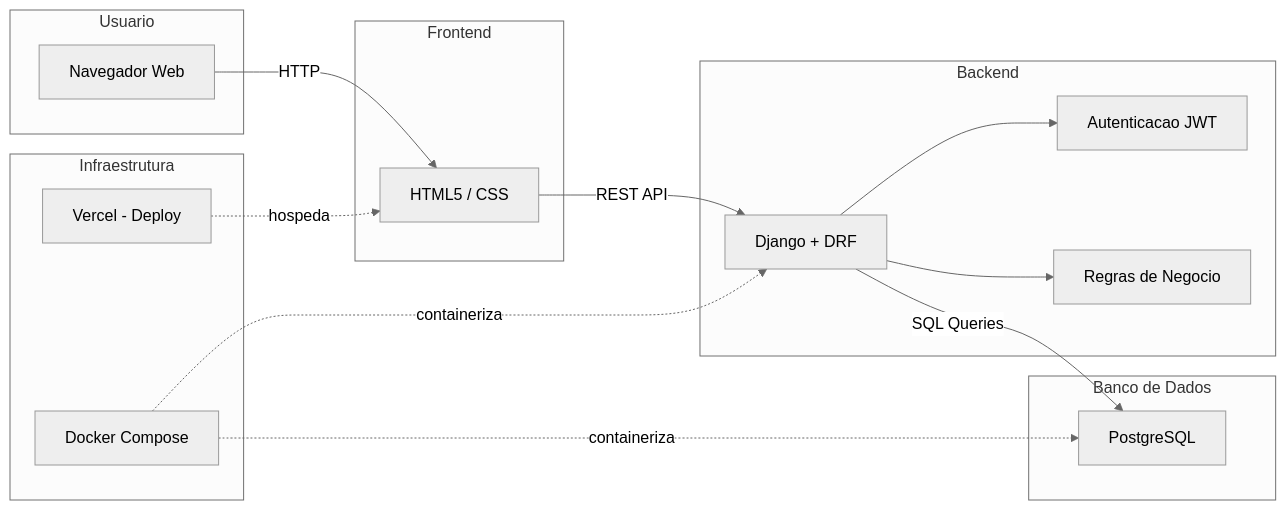
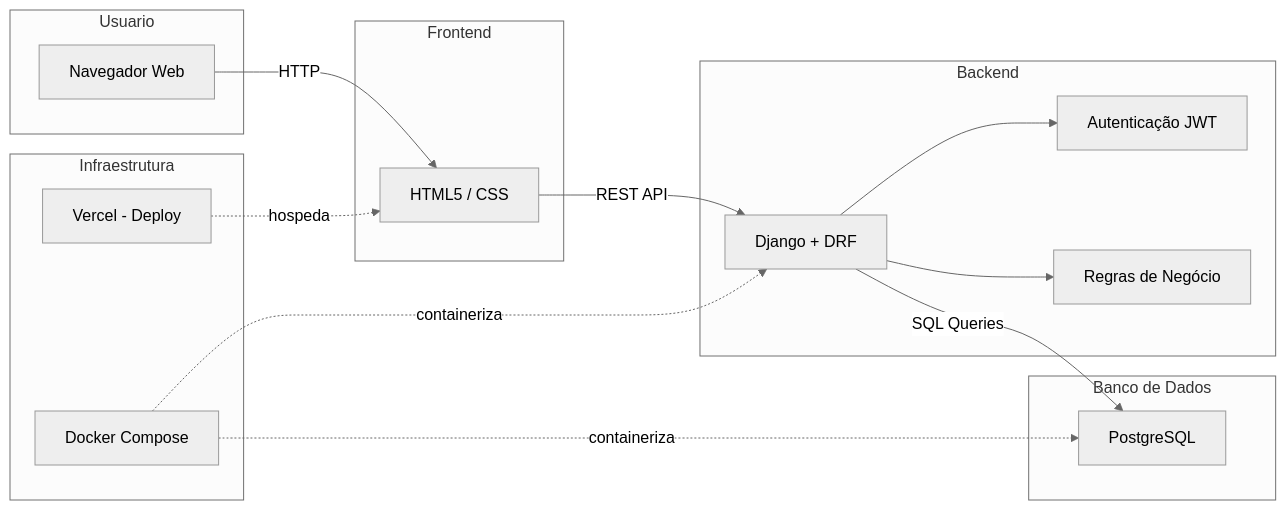
Before and after one commit to FCTE-Qualidade-de-Software-1/2026-1_T01_FRANS_BILAS: the diagram in docs/fase1/descricao.md, drawn with Mermaid (neutral theme). The commit also changed other lines of this file and 2 other files, not shown here.

````diff
--- a/docs/fase1/descricao.md
+++ b/docs/fase1/descricao.md
@@ -64,34 +64,34 @@
 ```mermaid
 graph LR
     subgraph Usuario
         U["Navegador Web"]
     end
 
     subgraph Frontend
         FE["HTML5 / CSS"]
     end
 
     subgraph Backend
         API["Django + DRF"]
-        AUTH["Autenticacao JWT"]
-        BL["Regras de Negocio"]
+        AUTH["Autenticação JWT"]
+        BL["Regras de Negócio"]
     end
 
     subgraph Banco de Dados
         DB["PostgreSQL"]
     end
 
     subgraph Infraestrutura
         DOCKER["Docker Compose"]
         VERCEL["Vercel - Deploy"]
     end
 
     U -->|"HTTP"| FE
     FE -->|"REST API"| API
     API --> AUTH
     API --> BL
     API -->|"SQL Queries"| DB
     DOCKER -.->|"containeriza"| API
     DOCKER -.->|"containeriza"| DB
     VERCEL -.->|"hospeda"| FE
 ```
````
